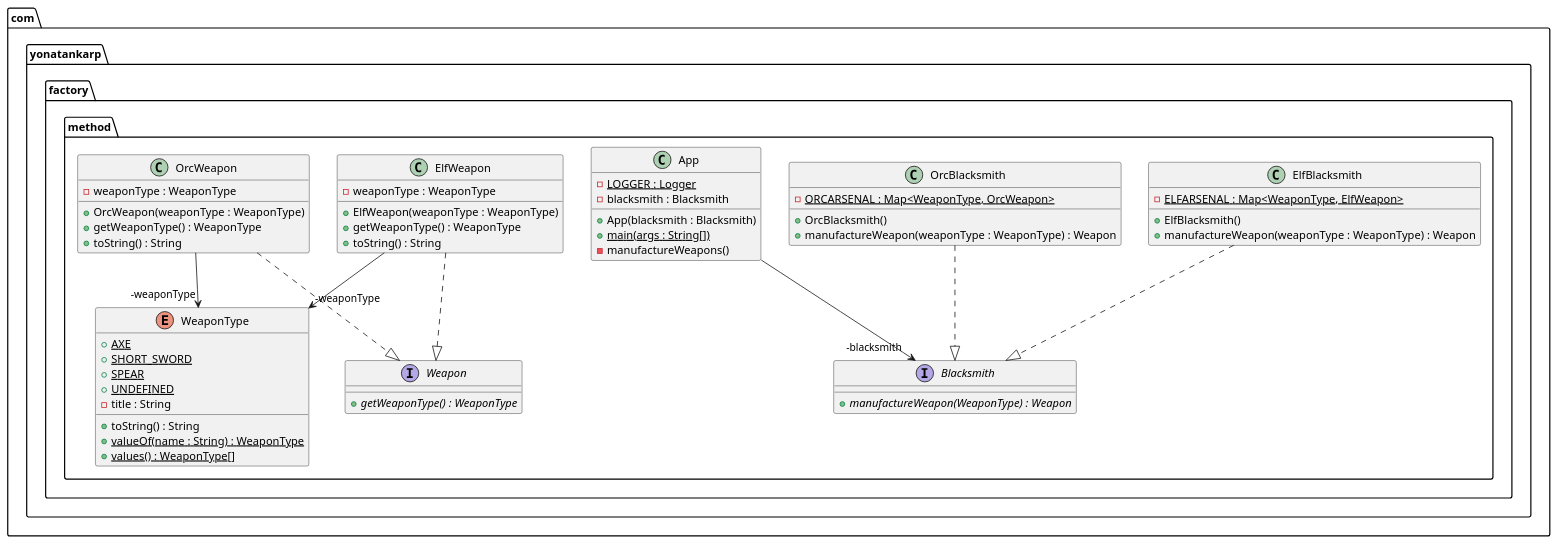
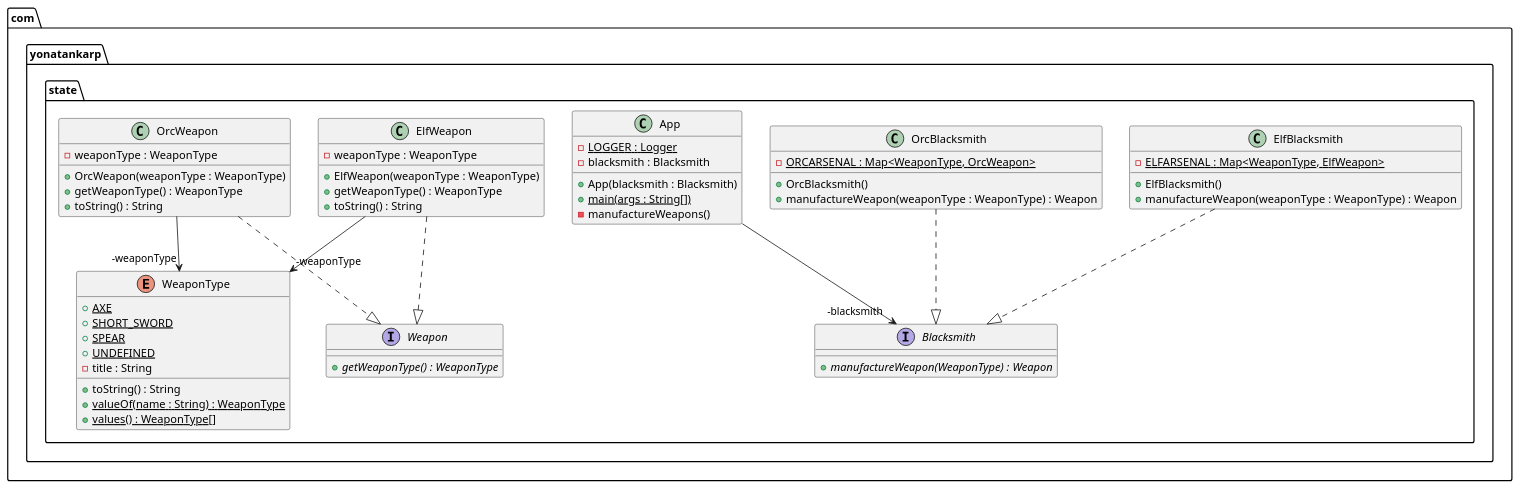
The diagram in state/etc/state.puml (yonatankarp/kotlin-design-patterns), drawn with PlantUML before and after one commit. The commit also changed 19 other files, not shown here.

```diff
--- a/state/etc/state.puml
+++ b/state/etc/state.puml
@@ -1,56 +1,56 @@
 @startuml
-package com.yonatankarp.factory.method {
+package com.yonatankarp.state {
   class App {
     - LOGGER : Logger {static}
     - blacksmith : Blacksmith
     + App(blacksmith : Blacksmith)
     + main(args : String[]) {static}
     - manufactureWeapons()
   }
   interface Blacksmith {
     + manufactureWeapon(WeaponType) : Weapon {abstract}
   }
   class ElfBlacksmith {
     - ELFARSENAL : Map<WeaponType, ElfWeapon> {static}
     + ElfBlacksmith()
     + manufactureWeapon(weaponType : WeaponType) : Weapon
   }
   class ElfWeapon {
     - weaponType : WeaponType
     + ElfWeapon(weaponType : WeaponType)
     + getWeaponType() : WeaponType
     + toString() : String
   }
   class OrcBlacksmith {
     - ORCARSENAL : Map<WeaponType, OrcWeapon> {static}
     + OrcBlacksmith()
     + manufactureWeapon(weaponType : WeaponType) : Weapon
   }
   class OrcWeapon {
     - weaponType : WeaponType
     + OrcWeapon(weaponType : WeaponType)
     + getWeaponType() : WeaponType
     + toString() : String
   }
   interface Weapon {
     + getWeaponType() : WeaponType {abstract}
   }
   enum WeaponType {
     + AXE {static}
     + SHORT_SWORD {static}
     + SPEAR {static}
     + UNDEFINED {static}
     - title : String
     + toString() : String
     + valueOf(name : String) : WeaponType {static}
     + values() : WeaponType[] {static}
   }
 }
 ElfWeapon -->  "-weaponType" WeaponType
 OrcWeapon -->  "-weaponType" WeaponType
 App -->  "-blacksmith" Blacksmith
 ElfBlacksmith ..|> Blacksmith
 ElfWeapon ..|> Weapon
 OrcBlacksmith ..|> Blacksmith
 OrcWeapon ..|> Weapon
 @enduml
```
